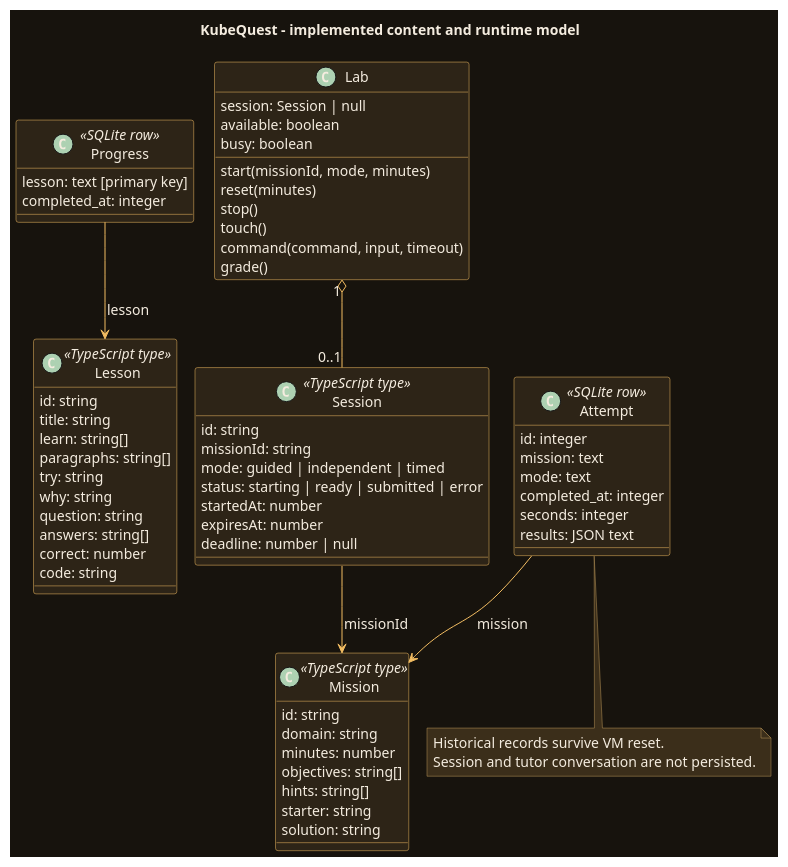
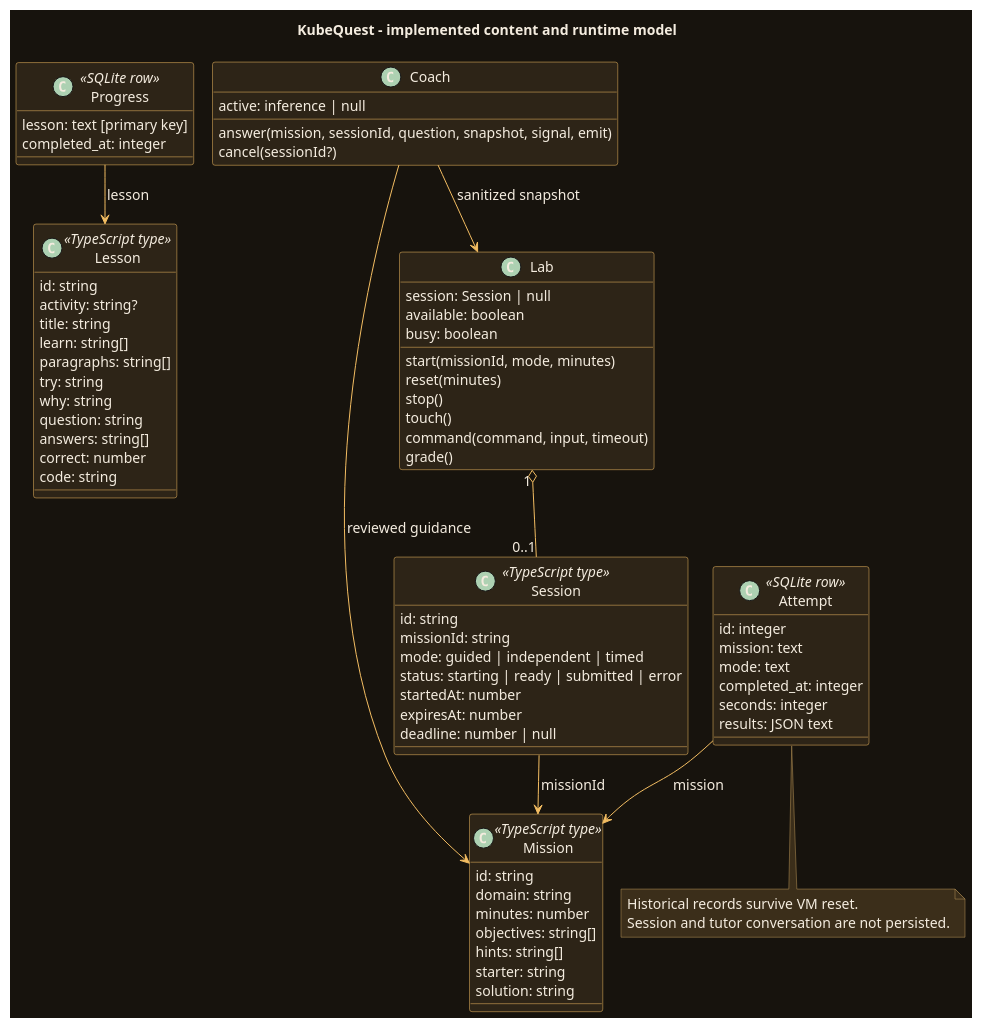
One commit to ramideltoro/kubequest-wiki changed the diagram in diagrams/class.puml. Above: the diagram before and after it, drawn with PlantUML. The commit also changed 23 other files, not shown here.

```diff
--- a/diagrams/class.puml
+++ b/diagrams/class.puml
@@ -1,133 +1,141 @@
 @startuml
 !pragma layout smetana
 skinparam backgroundColor #17130D
 skinparam defaultFontName SansSerif
 skinparam defaultFontSize 14
 skinparam defaultFontColor #F4ECDF
 skinparam shadowing false
 skinparam ArrowColor #F3BD62
 skinparam LineColor #F3BD62
 skinparam BorderColor #F3BD62
 skinparam defaultBackgroundColor #2D2417
 skinparam classBackgroundColor #2D2417
 skinparam classBorderColor #F3BD62
 skinparam classFontColor #F4ECDF
 skinparam componentBackgroundColor #2D2417
 skinparam componentBorderColor #F3BD62
 skinparam componentFontColor #F4ECDF
 skinparam nodeBackgroundColor #2D2417
 skinparam nodeBorderColor #F3BD62
 skinparam nodeFontColor #F4ECDF
 skinparam packageBackgroundColor #2D2417
 skinparam packageBorderColor #F3BD62
 skinparam packageFontColor #F4ECDF
 skinparam rectangleBackgroundColor #2D2417
 skinparam rectangleBorderColor #F3BD62
 skinparam rectangleFontColor #F4ECDF
 skinparam databaseBackgroundColor #2D2417
 skinparam databaseBorderColor #F3BD62
 skinparam databaseFontColor #F4ECDF
 skinparam cloudBackgroundColor #2D2417
 skinparam cloudBorderColor #F3BD62
 skinparam cloudFontColor #F4ECDF
 skinparam artifactBackgroundColor #2D2417
 skinparam artifactBorderColor #F3BD62
 skinparam artifactFontColor #F4ECDF
 skinparam objectBackgroundColor #2D2417
 skinparam objectBorderColor #F3BD62
 skinparam objectFontColor #F4ECDF
 skinparam stateBackgroundColor #2D2417
 skinparam stateBorderColor #F3BD62
 skinparam stateFontColor #F4ECDF
 skinparam activityBackgroundColor #2D2417
 skinparam activityBorderColor #F3BD62
 skinparam activityFontColor #F4ECDF
 skinparam actorBackgroundColor #2D2417
 skinparam actorBorderColor #F3BD62
 skinparam actorFontColor #F4ECDF
 skinparam usecaseBackgroundColor #2D2417
 skinparam usecaseBorderColor #F3BD62
 skinparam usecaseFontColor #F4ECDF
 skinparam interfaceBackgroundColor #2D2417
 skinparam interfaceBorderColor #F3BD62
 skinparam interfaceFontColor #F4ECDF
 skinparam participantBackgroundColor #2D2417
 skinparam participantBorderColor #F3BD62
 skinparam participantFontColor #F4ECDF
 skinparam classAttributeIconSize 0
 skinparam NoteBackgroundColor #3B2E1A
 skinparam NoteBorderColor #BB9658
 skinparam NoteFontColor #F4ECDF
 skinparam sequenceLifeLineBorderColor #BB9658
 skinparam sequenceLifeLineBackgroundColor #221C13
 skinparam sequenceGroupBackgroundColor #221C13
 skinparam sequenceGroupHeaderFontColor #F4ECDF
 skinparam sequenceGroupBodyBackgroundColor #221C13
 skinparam sequenceDividerBackgroundColor #2D2417
 skinparam sequenceDividerFontColor #F4ECDF
 skinparam activityDiamondBackgroundColor #3B2E1A
 skinparam activityStartColor #F3BD62
 skinparam activityEndColor #F3BD62
 title KubeQuest - implemented content and runtime model
 class Lesson <<TypeScript type>> {
  id: string
+ activity: string?
  title: string
  learn: string[]
  paragraphs: string[]
  try: string
  why: string
  question: string
  answers: string[]
  correct: number
  code: string
 }
 class Mission <<TypeScript type>> {
  id: string
  domain: string
  minutes: number
  objectives: string[]
  hints: string[]
  starter: string
  solution: string
 }
 class Session <<TypeScript type>> {
  id: string
  missionId: string
  mode: guided | independent | timed
  status: starting | ready | submitted | error
  startedAt: number
  expiresAt: number
  deadline: number | null
 }
 class Lab {
  session: Session | null
  available: boolean
  busy: boolean
  start(missionId, mode, minutes)
  reset(minutes)
  stop()
  touch()
  command(command, input, timeout)
  grade()
 }
 class Attempt <<SQLite row>> {
  id: integer
  mission: text
  mode: text
  completed_at: integer
  seconds: integer
  results: JSON text
 }
 class Progress <<SQLite row>> {
  lesson: text [primary key]
  completed_at: integer
 }
+class Coach {
+ active: inference | null
+ answer(mission, sessionId, question, snapshot, signal, emit)
+ cancel(sessionId?)
+}
+Coach --> Mission : reviewed guidance
+Coach --> Lab : sanitized snapshot
 Lab "1" o-- "0..1" Session
 Session --> Mission : missionId
 Attempt --> Mission : mission
 Progress --> Lesson : lesson
 note bottom of Attempt
 Historical records survive VM reset.
 Session and tutor conversation are not persisted.
 end note
 @enduml
```
